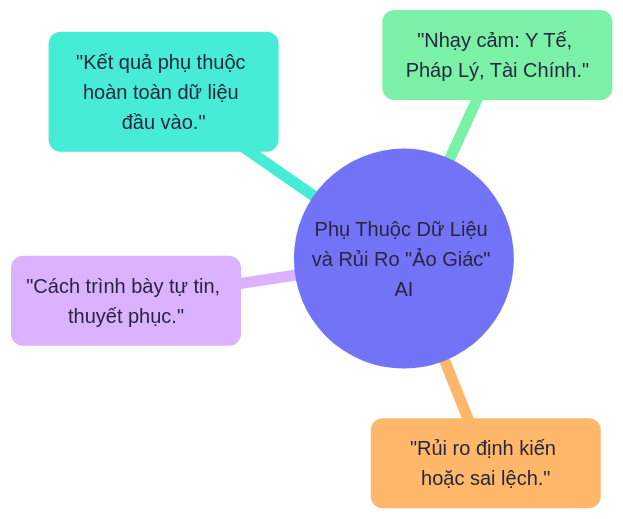
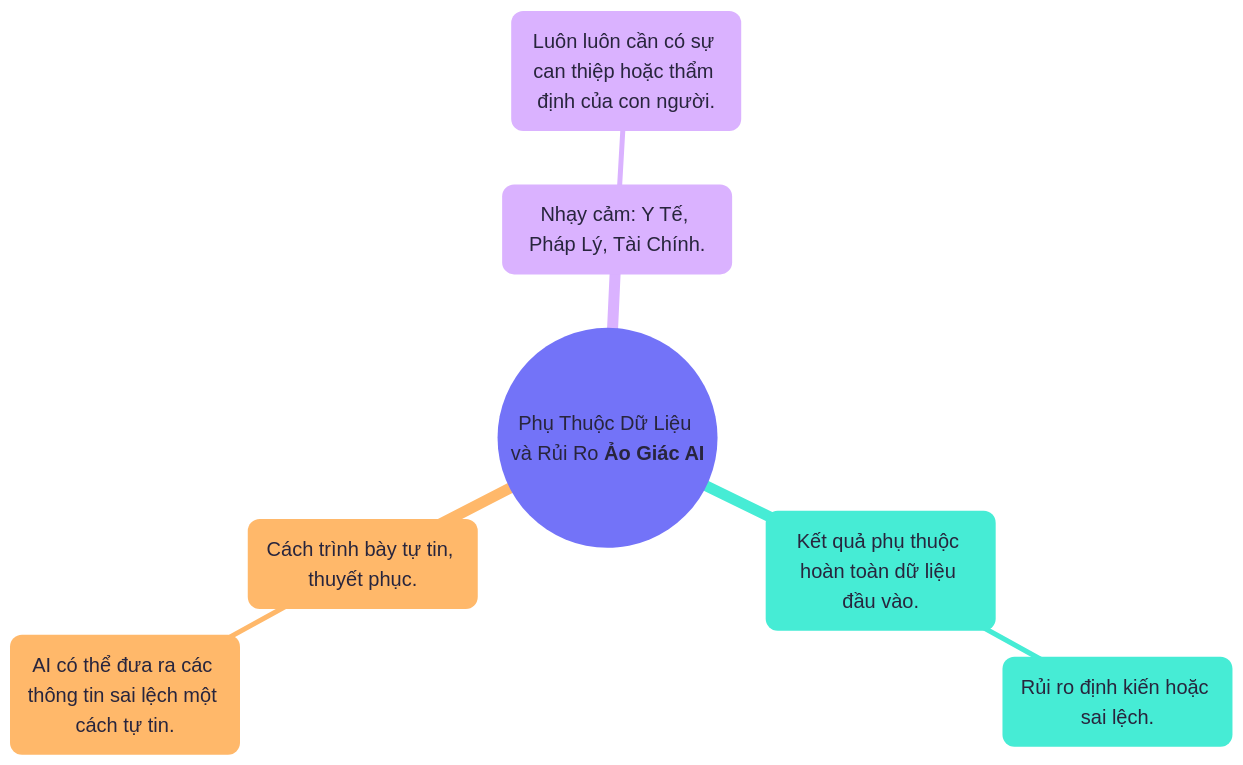
One commit to sam-uit/typst-report-template changed the diagram in content/diagrams/chapter05-phu-thuoc-du-lieu-va-rui-ro-ao-giac-ai.mmd. Above: the diagram before and after it, drawn with Mermaid.

```diff
--- a/content/diagrams/chapter05-phu-thuoc-du-lieu-va-rui-ro-ao-giac-ai.mmd
+++ b/content/diagrams/chapter05-phu-thuoc-du-lieu-va-rui-ro-ao-giac-ai.mmd
@@ -1,13 +1,15 @@
 ---
 config:
   theme: redux-color
   themeVariables:
     fontFamily: Google Sans
     fontSize: 20px
 ---
 mindmap
-  root(("Phụ Thuộc Dữ Liệu và Rủi Ro #quot;Ảo Giác#quot; AI"))
-    "Kết quả phụ thuộc hoàn toàn dữ liệu đầu vào."
-    "Rủi ro định kiến hoặc sai lệch."
-    "Cách trình bày tự tin, thuyết phục."
-    "Nhạy cảm: Y Tế, Pháp Lý, Tài Chính."
+  root(("Phụ Thuộc Dữ Liệu và Rủi Ro **Ảo Giác AI**"))
+    (Kết quả phụ thuộc hoàn toàn dữ liệu đầu vào.)
+      Rủi ro định kiến hoặc sai lệch.
+    (Cách trình bày tự tin, thuyết phục.)
+      AI có thể đưa ra các thông tin sai lệch một cách tự tin.
+    Nhạy cảm: Y Tế, Pháp Lý, Tài Chính.
+      Luôn luôn cần có sự can thiệp hoặc thẩm định của con người.
```
